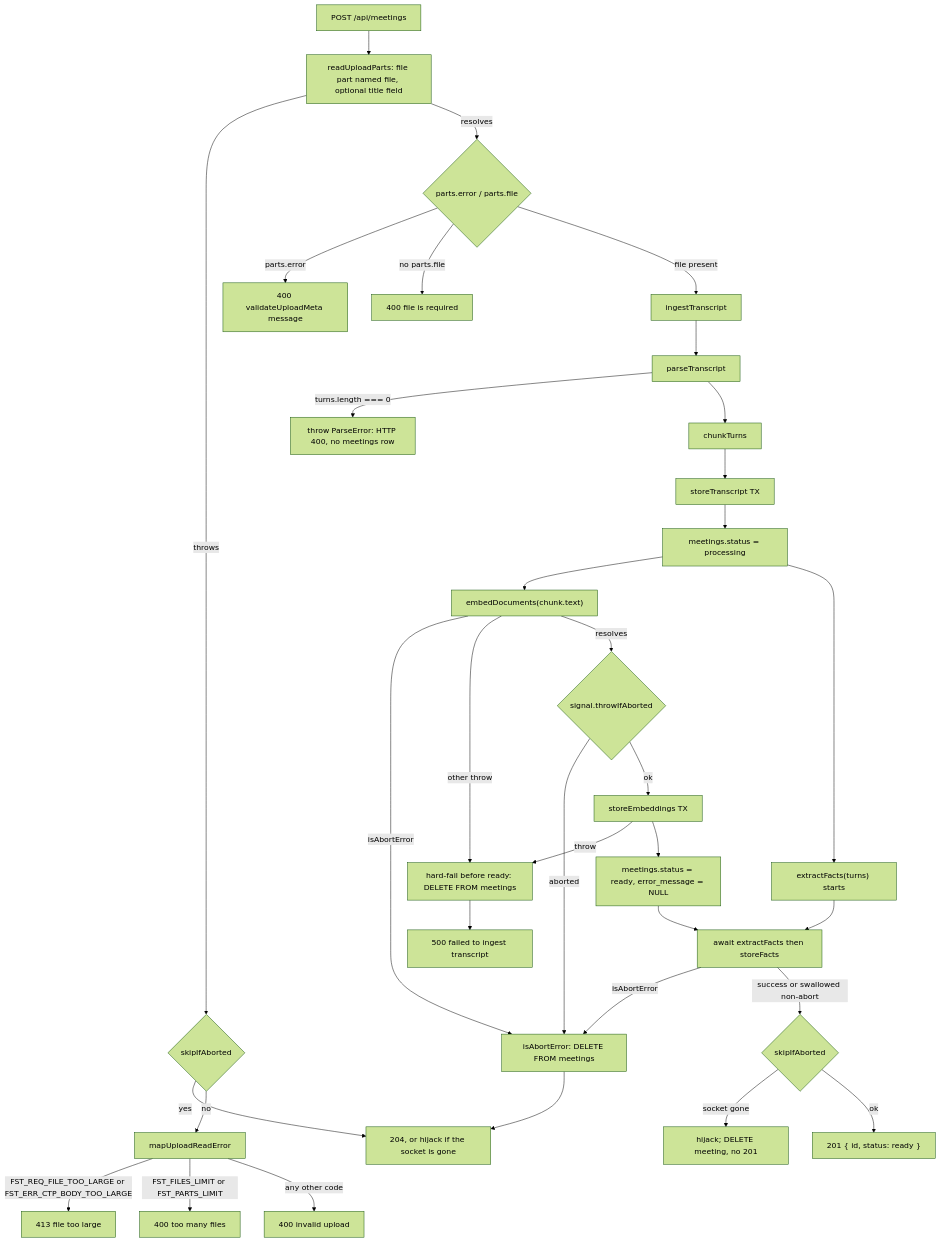
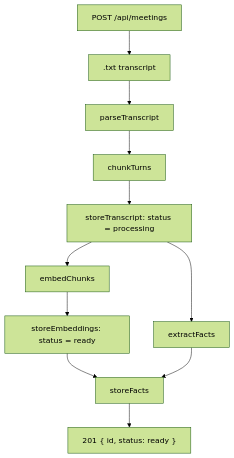
The first of 6 diagrams in docs/flows/ingestion.md (adamrefaey/meeting-intelligence), drawn with Mermaid (forest theme) before and after one commit. The commit also changed other lines of this file and 2 other files, not shown here.

````diff
--- a/docs/flows/ingestion.md
+++ b/docs/flows/ingestion.md
@@ -11,62 +9,20 @@
 ```mermaid
 flowchart TD
   post["POST /api/meetings"]
-  parts["readUploadParts: file part named file, optional title field"]
-  abortedRead{"skipIfAborted"}
-  readFail["mapUploadReadError"]
-  tooLarge["413 file too large"]
-  tooMany["400 too many files"]
-  invalid["400 invalid upload"]
-  check{"parts.error / parts.file"}
-  badMeta["400 validateUploadMeta message"]
-  noFile["400 file is required"]
-  ingest["ingestTranscript"]
+  upload[".txt transcript"]
   parse["parseTranscript"]
-  parseFail["throw ParseError: HTTP 400, no meetings row"]
   chunk["chunkTurns"]
-  storeTx["storeTranscript TX"]
-  processing["meetings.status = processing"]
-  embed["embedDocuments(chunk.text)"]
-  extractStart["extractFacts(turns) starts"]
-  abortCheck{"signal.throwIfAborted"}
-  storeEmb["storeEmbeddings TX"]
-  ready["meetings.status = ready, error_message = NULL"]
-  extract["await extractFacts then storeFacts"]
-  abortDel["isAbortError: DELETE FROM meetings"]
-  failDel["hard-fail before ready: DELETE FROM meetings"]
-  doneCheck{"skipIfAborted"}
-  noBody["hijack; DELETE meeting, no 201"]
+  storeTx["storeTranscript: status = processing"]
+  embed["embedChunks"]
+  extract["extractFacts"]
+  storeEmb["storeEmbeddings: status = ready"]
+  storeFacts["storeFacts"]
   created["201 { id, status: ready }"]
-  http204["204, or hijack if the socket is gone"]
-  http500["500 failed to ingest transcript"]
 
-  post --> parts
-  parts -->|throws| abortedRead
-  abortedRead -->|yes| http204
-  abortedRead -->|no| readFail
-  readFail -->|FST_REQ_FILE_TOO_LARGE or FST_ERR_CTP_BODY_TOO_LARGE| tooLarge
-  readFail -->|FST_FILES_LIMIT or FST_PARTS_LIMIT| tooMany
-  readFail -->|any other code| invalid
-  parts -->|resolves| check
-  check -->|parts.error| badMeta
-  check -->|no parts.file| noFile
-  check -->|file present| ingest --> parse
-  parse -->|turns.length === 0| parseFail
-  parse --> chunk --> storeTx --> processing
-  processing --> embed
-  processing --> extractStart
-  embed -->|isAbortError| abortDel
-  embed -->|other throw| failDel
-  embed -->|resolves| abortCheck
-  abortCheck -->|aborted| abortDel
-  abortCheck -->|ok| storeEmb
-  storeEmb -->|throw| failDel
-  storeEmb --> ready --> extract
-  extractStart --> extract
-  extract -->|isAbortError| abortDel
-  extract -->|success or swallowed non-abort| doneCheck
-  doneCheck -->|socket gone| noBody
-  doneCheck -->|ok| created
-  abortDel --> http204
-  failDel --> http500
+  post --> upload --> parse --> chunk --> storeTx
+  storeTx --> embed
+  storeTx --> extract
+  embed --> storeEmb --> storeFacts
+  extract --> storeFacts
+  storeFacts --> created
 ```
````
